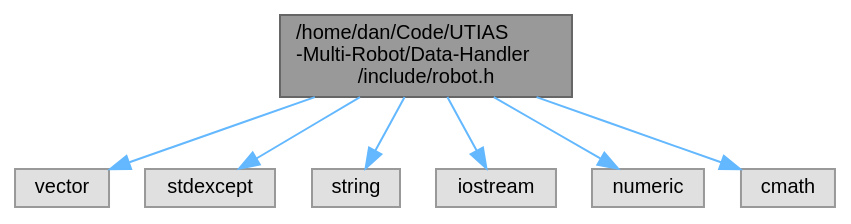
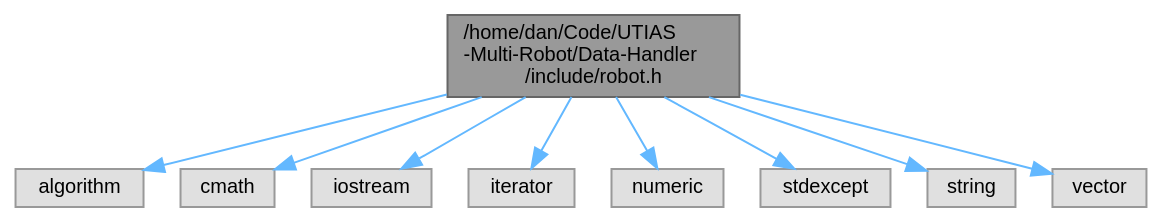
The diagram in docs/robot_8h__incl.dot (DanielIngham/Cooperative-Positioning-Data-Handler), drawn with Graphviz before and after one commit. The commit also changed 105 other files, not shown here.

```diff
--- a/docs/robot_8h__incl.dot
+++ b/docs/robot_8h__incl.dot
@@ -1,20 +1,24 @@
 digraph "/home/dan/Code/UTIAS-Multi-Robot/Data-Handler/include/robot.h"
 {
  // LATEX_PDF_SIZE
   bgcolor="transparent";
   edge [fontname=Helvetica,fontsize=10,labelfontname=Helvetica,labelfontsize=10];
   node [fontname=Helvetica,fontsize=10,shape=box,height=0.2,width=0.4];
   Node1 [id="Node000001",label="/home/dan/Code/UTIAS\l-Multi-Robot/Data-Handler\l/include/robot.h",height=0.2,width=0.4,color="gray40", fillcolor="grey60", style="filled", fontcolor="black",tooltip="Header file of the Robot class."];
   Node1 -> Node2 [id="edge1_Node000001_Node000002",color="steelblue1",style="solid",tooltip=" "];
-  Node2 [id="Node000002",label="vector",height=0.2,width=0.4,color="grey60", fillcolor="#E0E0E0", style="filled",tooltip=" "];
+  Node2 [id="Node000002",label="algorithm",height=0.2,width=0.4,color="grey60", fillcolor="#E0E0E0", style="filled",tooltip=" "];
   Node1 -> Node3 [id="edge2_Node000001_Node000003",color="steelblue1",style="solid",tooltip=" "];
-  Node3 [id="Node000003",label="stdexcept",height=0.2,width=0.4,color="grey60", fillcolor="#E0E0E0", style="filled",tooltip=" "];
+  Node3 [id="Node000003",label="cmath",height=0.2,width=0.4,color="grey60", fillcolor="#E0E0E0", style="filled",tooltip=" "];
   Node1 -> Node4 [id="edge3_Node000001_Node000004",color="steelblue1",style="solid",tooltip=" "];
-  Node4 [id="Node000004",label="string",height=0.2,width=0.4,color="grey60", fillcolor="#E0E0E0", style="filled",tooltip=" "];
+  Node4 [id="Node000004",label="iostream",height=0.2,width=0.4,color="grey60", fillcolor="#E0E0E0", style="filled",tooltip=" "];
   Node1 -> Node5 [id="edge4_Node000001_Node000005",color="steelblue1",style="solid",tooltip=" "];
-  Node5 [id="Node000005",label="iostream",height=0.2,width=0.4,color="grey60", fillcolor="#E0E0E0", style="filled",tooltip=" "];
+  Node5 [id="Node000005",label="iterator",height=0.2,width=0.4,color="grey60", fillcolor="#E0E0E0", style="filled",tooltip=" "];
   Node1 -> Node6 [id="edge5_Node000001_Node000006",color="steelblue1",style="solid",tooltip=" "];
   Node6 [id="Node000006",label="numeric",height=0.2,width=0.4,color="grey60", fillcolor="#E0E0E0", style="filled",tooltip=" "];
   Node1 -> Node7 [id="edge6_Node000001_Node000007",color="steelblue1",style="solid",tooltip=" "];
-  Node7 [id="Node000007",label="cmath",height=0.2,width=0.4,color="grey60", fillcolor="#E0E0E0", style="filled",tooltip=" "];
+  Node7 [id="Node000007",label="stdexcept",height=0.2,width=0.4,color="grey60", fillcolor="#E0E0E0", style="filled",tooltip=" "];
+  Node1 -> Node8 [id="edge7_Node000001_Node000008",color="steelblue1",style="solid",tooltip=" "];
+  Node8 [id="Node000008",label="string",height=0.2,width=0.4,color="grey60", fillcolor="#E0E0E0", style="filled",tooltip=" "];
+  Node1 -> Node9 [id="edge8_Node000001_Node000009",color="steelblue1",style="solid",tooltip=" "];
+  Node9 [id="Node000009",label="vector",height=0.2,width=0.4,color="grey60", fillcolor="#E0E0E0", style="filled",tooltip=" "];
 }
```
